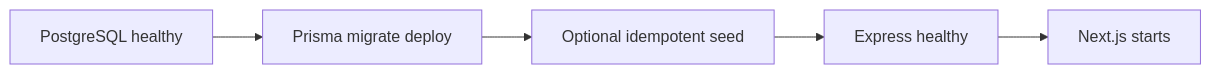
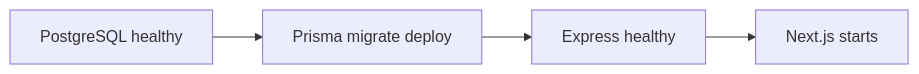
Before and after one commit to 17324Mahir/dhaka-tesla-pool: the third of 4 diagrams in docs/architecture.md, drawn with Mermaid. The commit also changed other lines of this file and 12 other files, not shown here.

````diff
--- a/docs/architecture.md
+++ b/docs/architecture.md
@@ -63,7 +65,6 @@
 ```mermaid
 flowchart LR
     PG[PostgreSQL healthy] --> MIG[Prisma migrate deploy]
-    MIG --> SEED[Optional idempotent seed]
-    SEED --> API[Express healthy]
+    MIG --> API[Express healthy]
     API --> WEB[Next.js starts]
 ```
````
